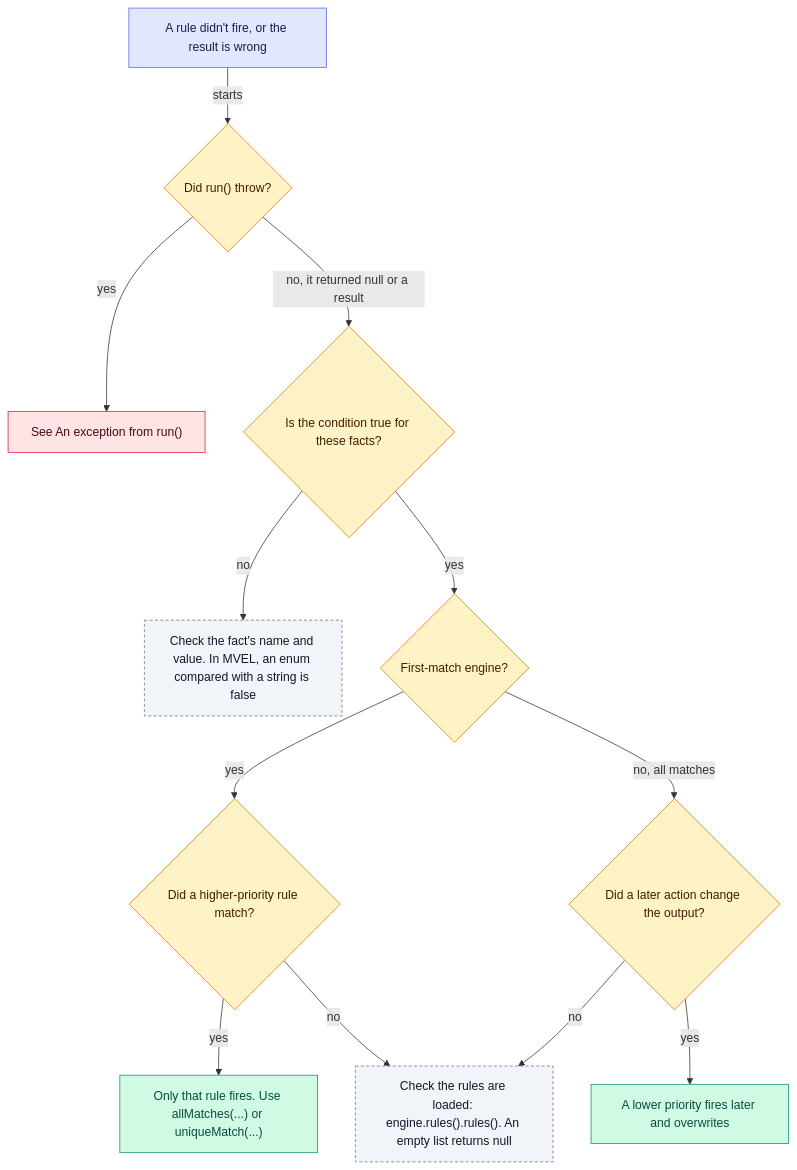
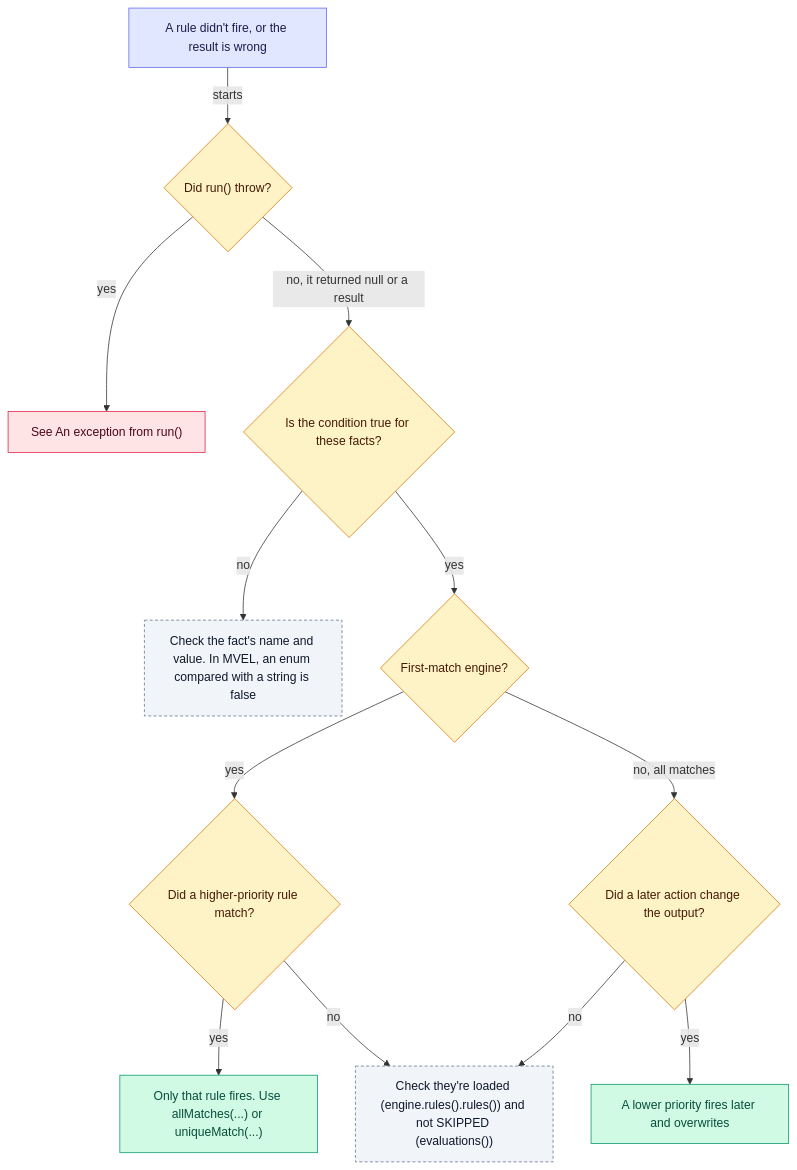
The diagram in docs/troubleshooting.md (brantunger/unruly-engine), drawn with Mermaid before and after one commit. The commit also changed other lines of this file and 39 other files, not shown here.

````diff
--- a/docs/troubleshooting.md
+++ b/docs/troubleshooting.md
@@ -26,24 +26,24 @@
 ```mermaid
 flowchart TD
     A["A rule didn't fire, or the result is wrong"] -- "starts" --> B{"Did run() throw?"}
     B -- "yes" --> X["See An exception from run()"]
     B -- "no, it returned null or a result" --> C{"Is the condition true for these facts?"}
     C -- "no" --> D["Check the fact's name and value. In MVEL, an enum compared with a string is false"]
     C -- "yes" --> E{"First-match engine?"}
     E -- "yes" --> F{"Did a higher-priority rule match?"}
     F -- "yes" --> G["Only that rule fires. Use allMatches(...) or uniqueMatch(...)"]
-    F -- "no" --> H["Check the rules are loaded: engine.rules().rules(). An empty list returns null"]
+    F -- "no" --> H["Check they're loaded (engine.rules().rules()) and not SKIPPED (evaluations())"]
     E -- "no, all matches" --> I{"Did a later action change the output?"}
     I -- "yes" --> J["A lower priority fires later and overwrites"]
     I -- "no" --> H
     class A step
     class B,C,E,F,I decision
     class G,J ok
     class D,H yours
     class X fail
     classDef step     fill:#e0e7ff,stroke:#6366f1,color:#1e1b4b
     classDef decision fill:#fef3c7,stroke:#d97706,color:#451a03
     classDef ok       fill:#d1fae5,stroke:#059669,color:#064e3b
     classDef fail     fill:#ffe4e6,stroke:#e11d48,color:#4c0519
     classDef yours    fill:#f1f5f9,stroke:#64748b,color:#0f172a,stroke-dasharray:4 3
 ```
````
